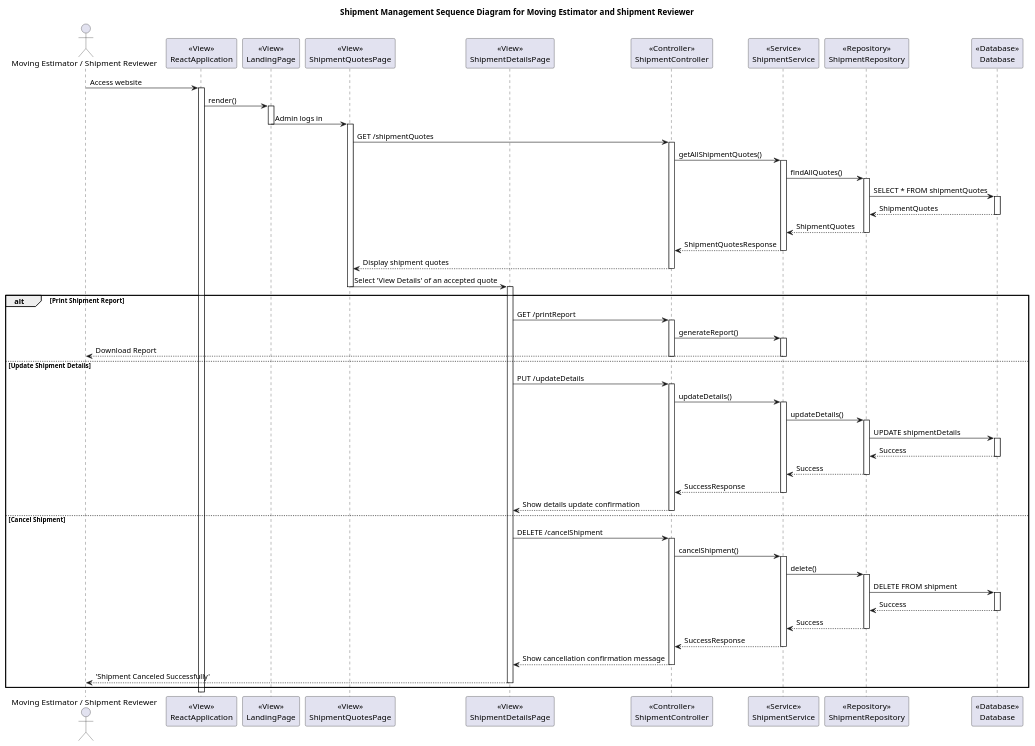
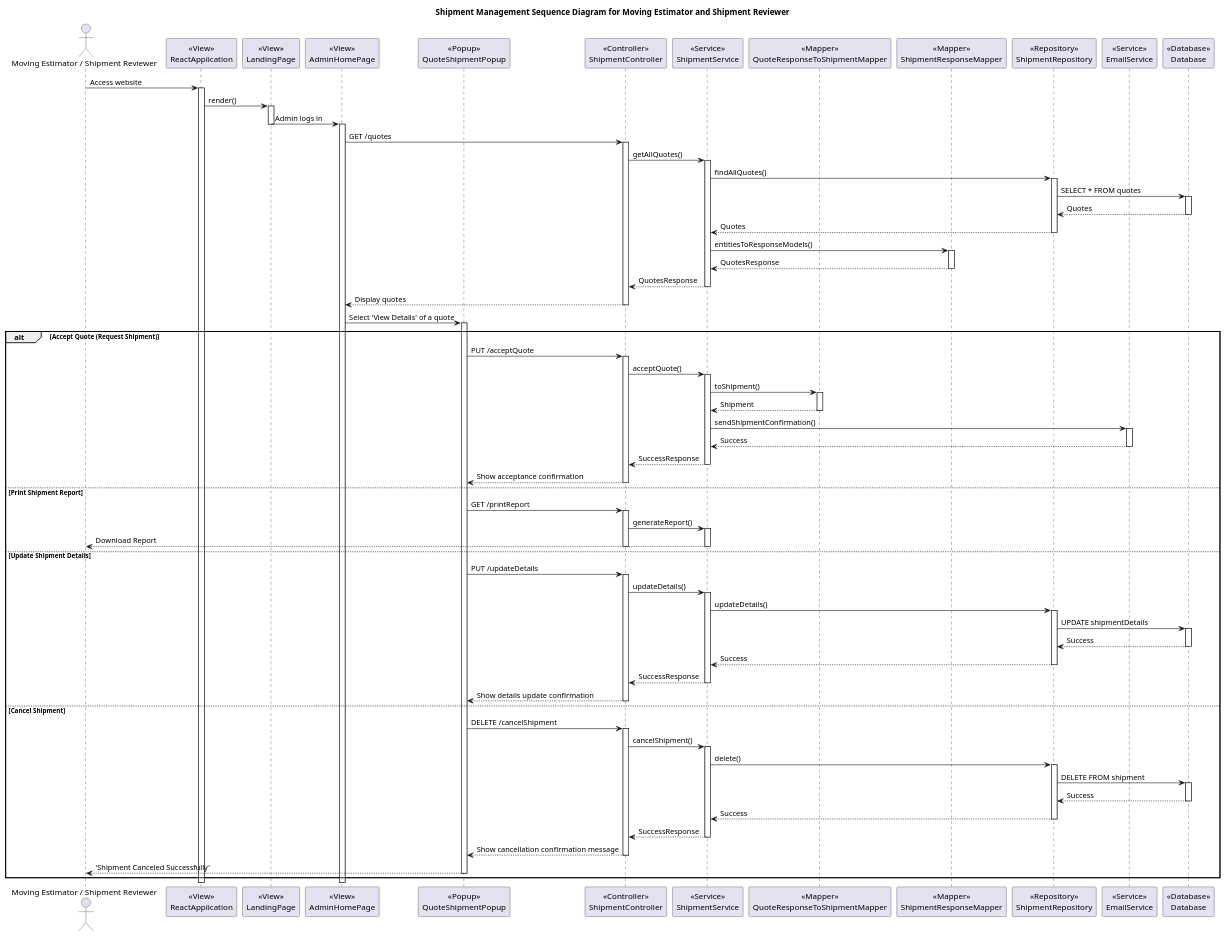
Before and after one commit to nic5694/MovingExpress: the diagram in Diagrams/Sprints/Sprint_2/Design_lvl_SSD_Admin.puml, drawn with PlantUML.

Commit message:
Admin SSD for shipment complete

```diff
--- a/Diagrams/Sprints/Sprint_2/Design_lvl_SSD_Admin.puml
+++ b/Diagrams/Sprints/Sprint_2/Design_lvl_SSD_Admin.puml
@@ -1,98 +1,122 @@
 @startuml
 title Shipment Management Sequence Diagram for Moving Estimator and Shipment Reviewer
 
 actor "Moving Estimator / Shipment Reviewer" as Admin
 
 participant ReactApplication as "<<View>>\nReactApplication"
 participant LandingPage as "<<View>>\nLandingPage"
-participant ShipmentQuotesPage as "<<View>>\nShipmentQuotesPage"
-participant ShipmentDetailsPage as "<<View>>\nShipmentDetailsPage"
+participant AdminHomePage as "<<View>>\nAdminHomePage"
+participant QuoteShipmentPopup as "<<Popup>>\nQuoteShipmentPopup"
 participant ShipmentController as "<<Controller>>\nShipmentController"
 participant ShipmentService as "<<Service>>\nShipmentService"
+participant QuoteResponseToShipmentMapper as "<<Mapper>>\nQuoteResponseToShipmentMapper"
+participant ShipmentResponseMapper as "<<Mapper>>\nShipmentResponseMapper"
 participant ShipmentRepository as "<<Repository>>\nShipmentRepository"
+participant EmailService as "<<Service>>\nEmailService"
 participant Database as "<<Database>>\nDatabase"
 
 Admin -> ReactApplication : Access website
 activate ReactApplication
 
 ReactApplication -> LandingPage : render()
 activate LandingPage
 
-LandingPage -> ShipmentQuotesPage : Admin logs in
+LandingPage -> AdminHomePage : Admin logs in
 deactivate LandingPage
-activate ShipmentQuotesPage
+activate AdminHomePage
 
-ShipmentQuotesPage -> ShipmentController : GET /shipmentQuotes
+AdminHomePage -> ShipmentController : GET /quotes
 activate ShipmentController
 
-ShipmentController -> ShipmentService : getAllShipmentQuotes()
+ShipmentController -> ShipmentService : getAllQuotes()
 activate ShipmentService
 
 ShipmentService -> ShipmentRepository : findAllQuotes()
 activate ShipmentRepository
 
-ShipmentRepository -> Database : SELECT * FROM shipmentQuotes
+ShipmentRepository -> Database : SELECT * FROM quotes
 activate Database
-Database --> ShipmentRepository : ShipmentQuotes
+Database --> ShipmentRepository : Quotes
 deactivate Database
 
-ShipmentRepository --> ShipmentService : ShipmentQuotes
+ShipmentRepository --> ShipmentService : Quotes
 deactivate ShipmentRepository
 
-ShipmentService --> ShipmentController : ShipmentQuotesResponse
+ShipmentService -> ShipmentResponseMapper : entitiesToResponseModels()
+activate ShipmentResponseMapper
+ShipmentResponseMapper --> ShipmentService : QuotesResponse
+deactivate ShipmentResponseMapper
+
+ShipmentService --> ShipmentController : QuotesResponse
 deactivate ShipmentService
 
-ShipmentController --> ShipmentQuotesPage : Display shipment quotes
+ShipmentController --> AdminHomePage : Display quotes
 deactivate ShipmentController
 
-ShipmentQuotesPage -> ShipmentDetailsPage : Select 'View Details' of an accepted quote
-deactivate ShipmentQuotesPage
-activate ShipmentDetailsPage
+AdminHomePage -> QuoteShipmentPopup : Select 'View Details' of a quote
+activate QuoteShipmentPopup
 
-alt Print Shipment Report
-    ShipmentDetailsPage -> ShipmentController : GET /printReport
+alt Accept Quote (Request Shipment)
+    QuoteShipmentPopup -> ShipmentController : PUT /acceptQuote
+    activate ShipmentController
+    ShipmentController -> ShipmentService : acceptQuote()
+    activate ShipmentService
+    ShipmentService -> QuoteResponseToShipmentMapper : toShipment()
+    activate QuoteResponseToShipmentMapper
+    QuoteResponseToShipmentMapper --> ShipmentService : Shipment
+    deactivate QuoteResponseToShipmentMapper
+    ShipmentService -> EmailService : sendShipmentConfirmation()
+    activate EmailService
+    EmailService --> ShipmentService : Success
+    deactivate EmailService
+    ShipmentService --> ShipmentController : SuccessResponse
+    deactivate ShipmentService
+    ShipmentController --> QuoteShipmentPopup : Show acceptance confirmation
+    deactivate ShipmentController
+else Print Shipment Report
+    QuoteShipmentPopup -> ShipmentController : GET /printReport
     activate ShipmentController
     ShipmentController -> ShipmentService : generateReport()
     activate ShipmentService
     ShipmentService --> Admin : Download Report
     deactivate ShipmentService
     deactivate ShipmentController
 else Update Shipment Details
-    ShipmentDetailsPage -> ShipmentController : PUT /updateDetails
+    QuoteShipmentPopup -> ShipmentController : PUT /updateDetails
     activate ShipmentController
     ShipmentController -> ShipmentService : updateDetails()
     activate ShipmentService
     ShipmentService -> ShipmentRepository : updateDetails()
     activate ShipmentRepository
     ShipmentRepository -> Database : UPDATE shipmentDetails
     activate Database
     Database --> ShipmentRepository : Success
     deactivate Database
     ShipmentRepository --> ShipmentService : Success
     deactivate ShipmentRepository
     ShipmentService --> ShipmentController : SuccessResponse
     deactivate ShipmentService
-    ShipmentController --> ShipmentDetailsPage : Show details update confirmation
+    ShipmentController --> QuoteShipmentPopup : Show details update confirmation
     deactivate ShipmentController
 else Cancel Shipment
-    ShipmentDetailsPage -> ShipmentController : DELETE /cancelShipment
+    QuoteShipmentPopup -> ShipmentController : DELETE /cancelShipment
     activate ShipmentController
     ShipmentController -> ShipmentService : cancelShipment()
     activate ShipmentService
     ShipmentService -> ShipmentRepository : delete()
     activate ShipmentRepository
     ShipmentRepository -> Database : DELETE FROM shipment
     activate Database
     Database --> ShipmentRepository : Success
     deactivate Database
     ShipmentRepository --> ShipmentService : Success
     deactivate ShipmentRepository
     ShipmentService --> ShipmentController : SuccessResponse
     deactivate ShipmentService
-    ShipmentController --> ShipmentDetailsPage : Show cancellation confirmation message
+    ShipmentController --> QuoteShipmentPopup : Show cancellation confirmation message
     deactivate ShipmentController
-    ShipmentDetailsPage --> Admin : 'Shipment Canceled Successfully'
-    deactivate ShipmentDetailsPage
+    QuoteShipmentPopup --> Admin : 'Shipment Canceled Successfully'
+    deactivate QuoteShipmentPopup
 end
 
 @enduml
```
